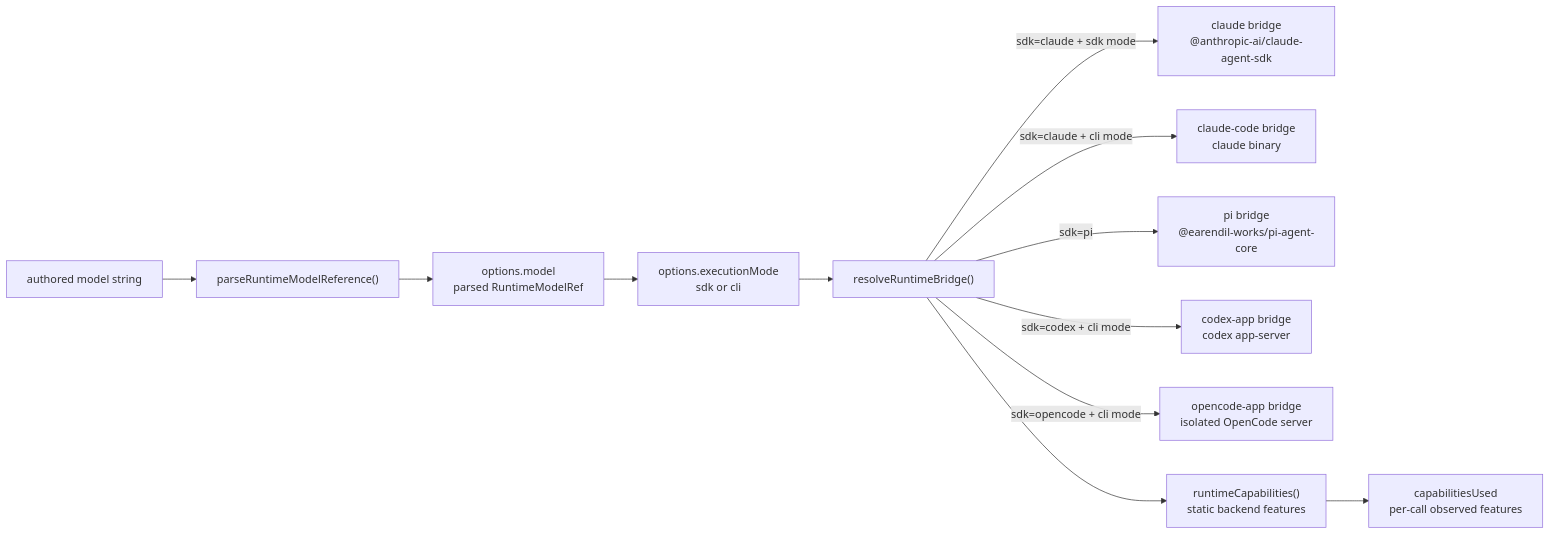
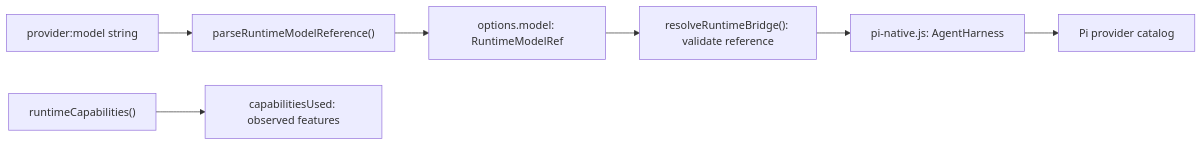
One commit to robertsreberski/mono-agent changed the second of 5 diagrams in packages/agent-runtime/ARCHITECTURE.md. Above: the diagram before and after it, drawn with Mermaid. The commit also changed other lines of this file and 305 other files, not shown here.

````diff
--- a/packages/agent-runtime/ARCHITECTURE.md
+++ b/packages/agent-runtime/ARCHITECTURE.md
@@ -77,16 +75,9 @@
 ```mermaid
 flowchart LR
-  AuthoredRef["authored model string"] --> Parse["parseRuntimeModelReference()"]
-  Parse --> ModelRef["options.model<br/>parsed RuntimeModelRef"]
-  ModelRef --> Mode["options.executionMode<br/>sdk or cli"]
-  Mode --> Resolve["resolveRuntimeBridge()"]
-
-  Resolve -->|sdk=claude + sdk mode| ClaudeSDK["claude bridge<br/>@anthropic-ai/claude-agent-sdk"]
-  Resolve -->|sdk=claude + cli mode| ClaudeCLI["claude-code bridge<br/>claude binary"]
-  Resolve -->|sdk=pi| PiSDK["pi bridge<br/>@earendil-works/pi-agent-core"]
-  Resolve -->|sdk=codex + cli mode| CodexApp["codex-app bridge<br/>codex app-server"]
-  Resolve -->|sdk=opencode + cli mode| OpenCodeApp["opencode-app bridge<br/>isolated OpenCode server"]
-
-  Resolve --> Caps["runtimeCapabilities()<br/>static backend features"]
-  Caps --> Used["capabilitiesUsed<br/>per-call observed features"]
+  AuthoredRef["provider:model string"] --> Parse["parseRuntimeModelReference()"]
+  Parse --> ModelRef["options.model: RuntimeModelRef"]
+  ModelRef --> Resolve["resolveRuntimeBridge(): validate reference"]
+  Resolve --> Pi["pi-native.js: AgentHarness"]
+  Pi --> Provider["Pi provider catalog"]
+  Caps["runtimeCapabilities()"] --> Used["capabilitiesUsed: observed features"]
 ```
````
